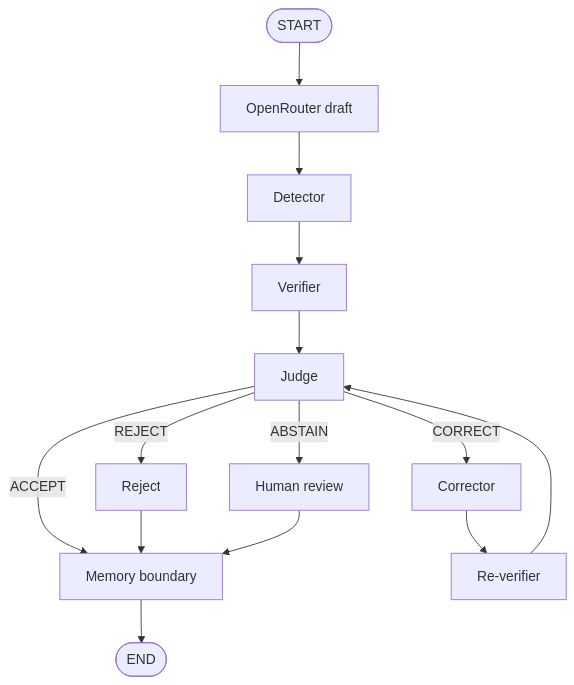
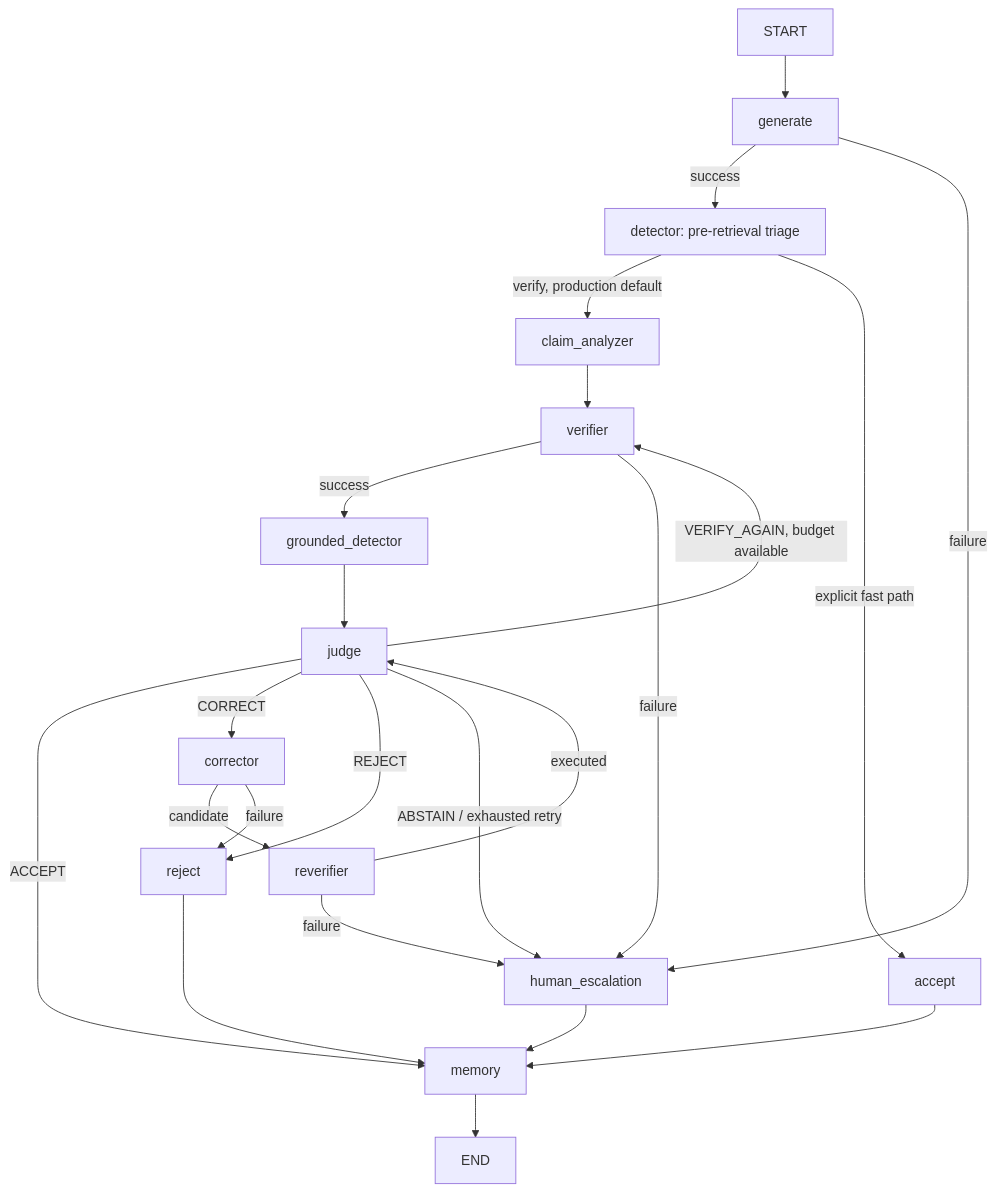
One commit to Manju10092006/HalluciGuard changed the diagram in orchestration/README.md. Above: the diagram before and after it, drawn with Mermaid. The commit also changed other lines of this file and 32 other files, not shown here.

Commit message:
docs: add comprehensive architecture and agent documentation

````diff
--- a/orchestration/README.md
+++ b/orchestration/README.md
@@ -15,16 +7,25 @@
 ```mermaid
 flowchart TD
-    START([START]) --> G[OpenRouter draft]
-    G --> D[Detector]
-    D --> V[Verifier]
-    V --> J[Judge]
-    J -->|ACCEPT| M[Memory boundary]
-    J -->|CORRECT| C[Corrector]
-    C --> R[Re-verifier]
-    R --> J
-    J -->|REJECT| X[Reject]
-    J -->|ABSTAIN| H[Human review]
-    X --> M
+    START --> G[generate]
+    G -->|success| DT[detector: pre-retrieval triage]
+    G -->|failure| H[human_escalation]
+    DT -->|verify, production default| CA[claim_analyzer]
+    DT -->|explicit fast path| A[accept]
+    CA --> V[verifier]
+    V -->|success| DG[grounded_detector]
+    V -->|failure| H
+    DG --> J[judge]
+    J -->|ACCEPT| M[memory]
+    J -->|VERIFY_AGAIN, budget available| V
+    J -->|CORRECT| C[corrector]
+    J -->|REJECT| R[reject]
+    J -->|ABSTAIN / exhausted retry| H
+    C -->|candidate| RV[reverifier]
+    C -->|failure| R
+    RV -->|executed| J
+    RV -->|failure| H
+    A --> M
+    R --> M
     H --> M
-    M --> E([END])
+    M --> END
 ```
````
